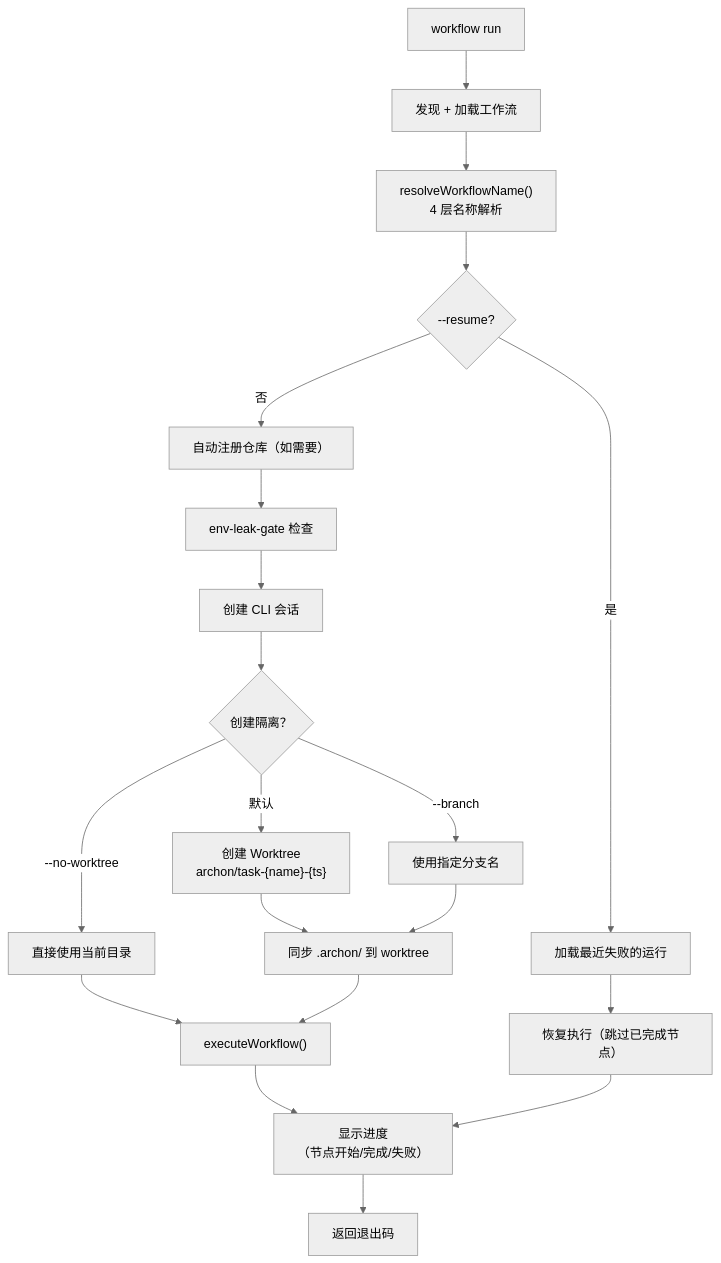
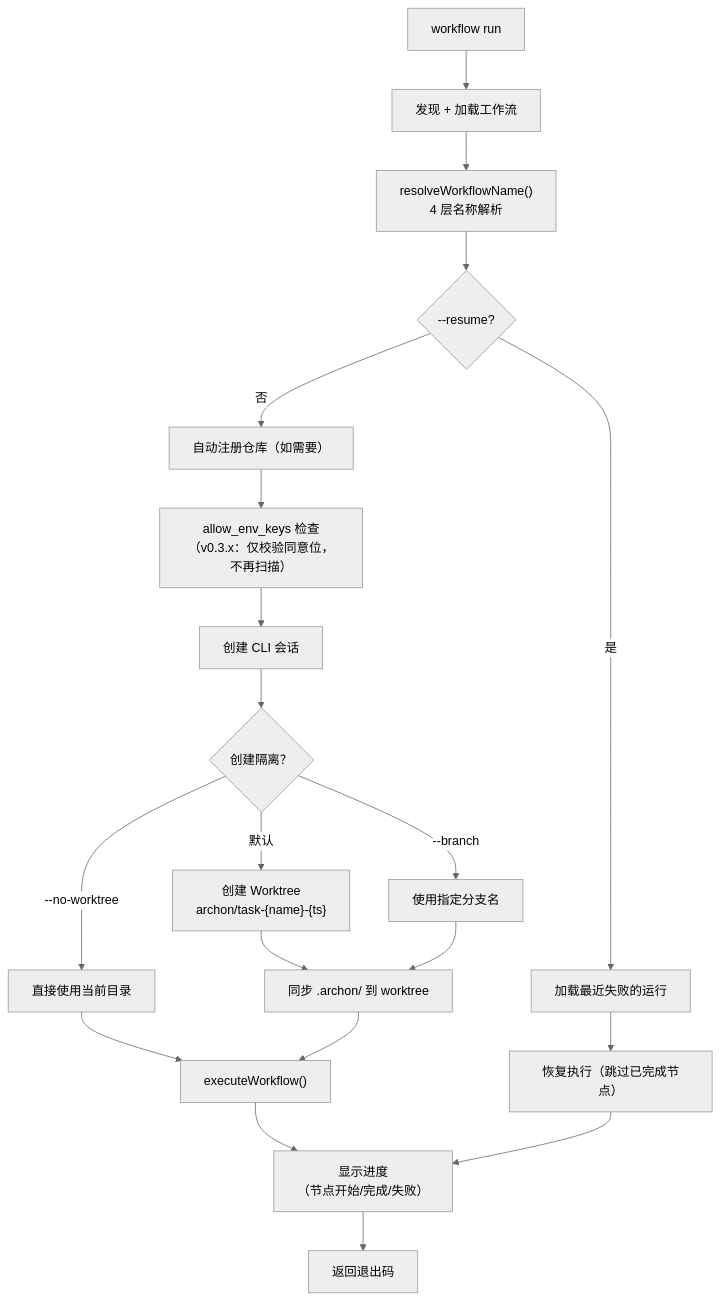
One commit to ljie-PI/code-deep-dive changed the diagram in archon/09-cli.md. Above: the diagram before and after it, drawn with Mermaid. The commit also changed other lines of this file and 13 other files, not shown here.

````diff
--- a/archon/09-cli.md
+++ b/archon/09-cli.md
@@ -49,29 +52,29 @@
 ```mermaid
 %%{init: {'theme': 'neutral'}}%%
 flowchart TD
     Start["workflow run <name> <msg>"]
     Start --> Discover["发现 + 加载工作流"]
     Discover --> Resolve["resolveWorkflowName()<br/>4 层名称解析"]
     Resolve --> CheckResume{"--resume?"}
 
     CheckResume -->|是| LoadFailed["加载最近失败的运行"]
     LoadFailed --> ResumeRun["恢复执行（跳过已完成节点）"]
 
     CheckResume -->|否| Register["自动注册仓库（如需要）"]
-    Register --> EnvLeak["env-leak-gate 检查"]
+    Register --> EnvLeak["allow_env_keys 检查（v0.3.x：仅校验同意位，不再扫描）"]
     EnvLeak --> CreateConv["创建 CLI 会话"]
     CreateConv --> Isolation{"创建隔离？"}
 
     Isolation -->|默认| CreateWT["创建 Worktree<br/>archon/task-{name}-{ts}"]
     Isolation -->|--branch| NamedWT["使用指定分支名"]
     Isolation -->|--no-worktree| NoWT["直接使用当前目录"]
 
     CreateWT & NamedWT --> SyncArchon["同步 .archon/ 到 worktree"]
     NoWT --> Execute
     SyncArchon --> Execute["executeWorkflow()"]
 
     Execute --> Progress["显示进度<br/>（节点开始/完成/失败）"]
     Progress --> Done["返回退出码"]
 
     ResumeRun --> Progress
 ```
````
